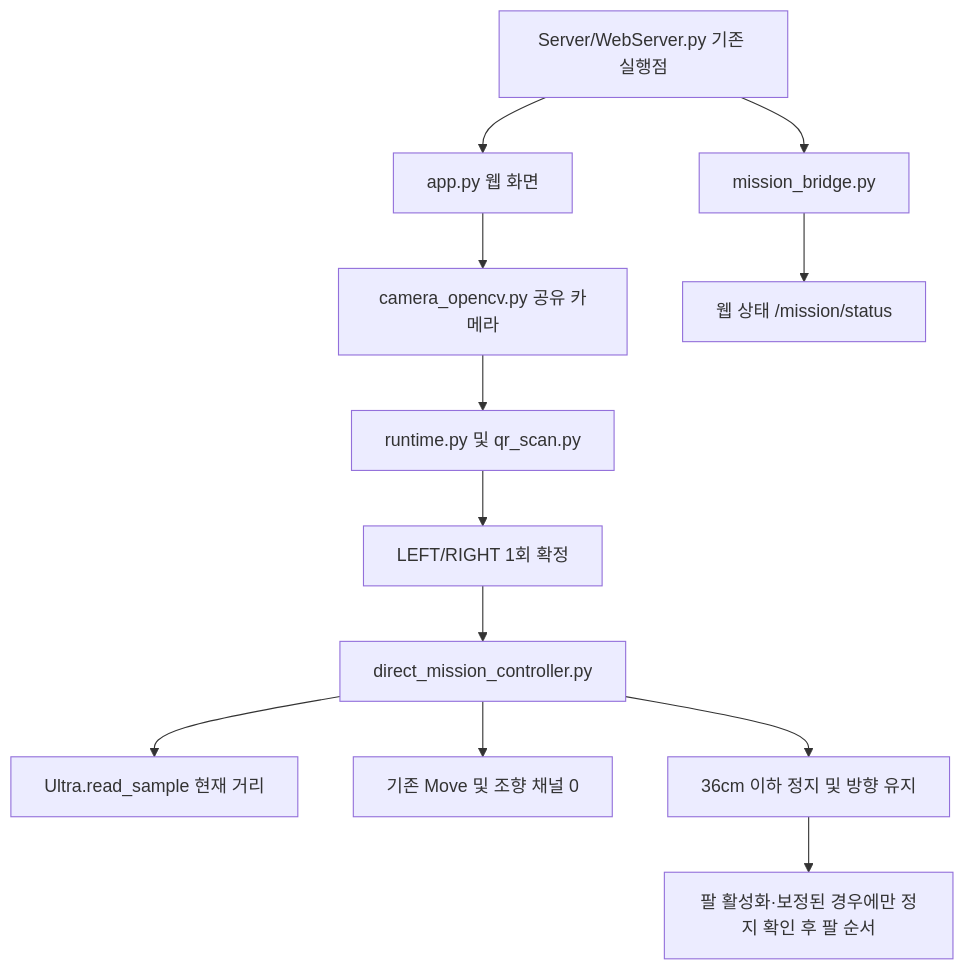
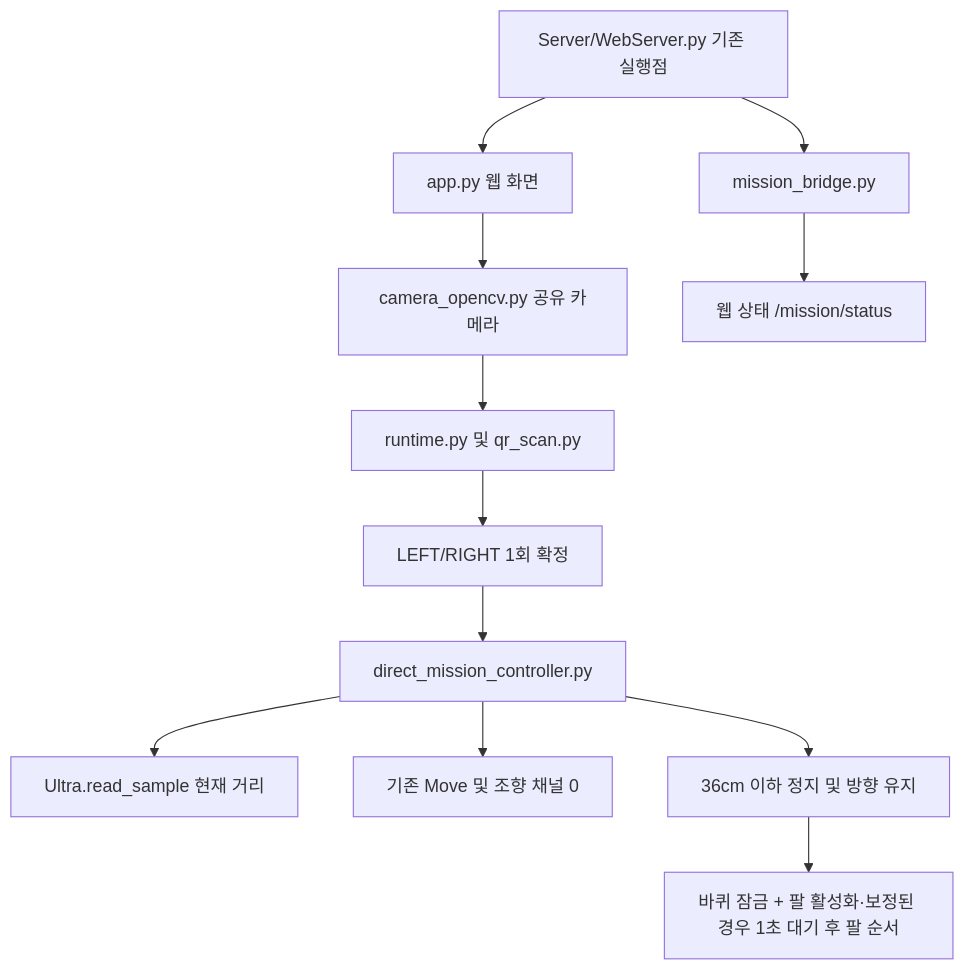
The diagram in README.md (goldpiggg/picar), drawn with Mermaid before and after one commit. The commit also changed other lines of this file and 12 other files, not shown here.

````diff
--- a/README.md
+++ b/README.md
@@ -24,14 +26,14 @@
 ```mermaid
 flowchart TD
     W[Server/WebServer.py 기존 실행점] --> B[mission_bridge.py]
     W --> A[app.py 웹 화면]
     A --> C[camera_opencv.py 공유 카메라]
     C --> Q[runtime.py 및 qr_scan.py]
     Q --> R[LEFT/RIGHT 1회 확정]
     R --> D[direct_mission_controller.py]
     D --> U[Ultra.read_sample 현재 거리]
     D --> M[기존 Move 및 조향 채널 0]
     D --> S[36cm 이하 정지 및 방향 유지]
-    S --> H[팔 활성화·보정된 경우에만 정지 확인 후 팔 순서]
+    S --> H[바퀴 잠금 + 팔 활성화·보정된 경우 1초 대기 후 팔 순서]
     B --> P[웹 상태 /mission/status]
 ```
````
